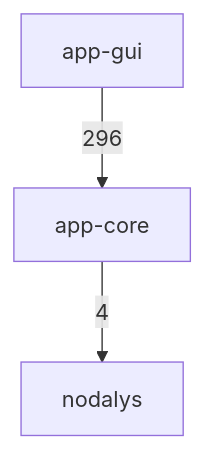
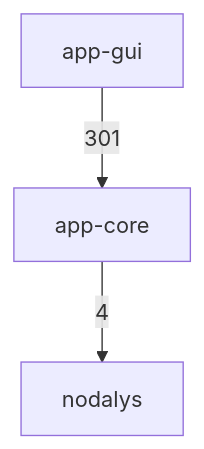
One commit to ronnymilleo/imcsim changed the first of 3 diagrams in docs/architecture.md. Above: the diagram before and after it, drawn with Mermaid. The commit also changed other lines of this file, not shown here.

Commit message:
Update the include diagram for the split S-parameter tab

````diff
--- a/docs/architecture.md
+++ b/docs/architecture.md
@@ -22,8 +22,8 @@
 ```mermaid
 flowchart TD
     app_gui[app-gui]
     app_core[app-core]
     nodalys[nodalys]
     app_core -->|4| nodalys
-    app_gui -->|296| app_core
+    app_gui -->|301| app_core
 ```
````
